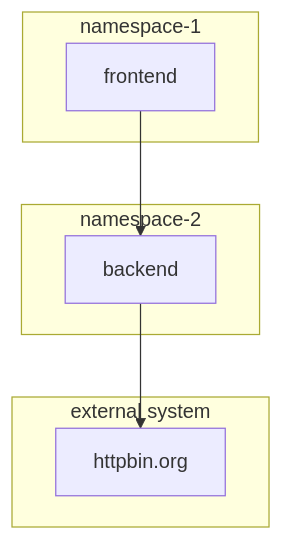
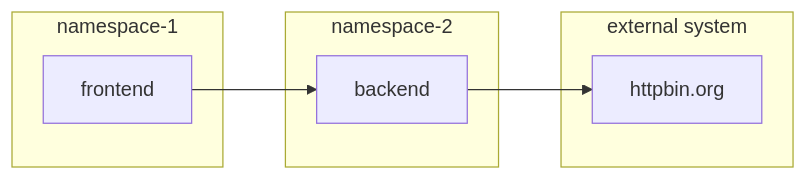
One commit to rhthsa/OpenShift-POC-AppDev changed the diagram in docs/APPLICATION_DEPLOYMENT.md. Above: the diagram before and after it, drawn with Mermaid. The commit also changed 1 other file, not shown here.

Commit message:
Add diagram

````diff
--- a/docs/APPLICATION_DEPLOYMENT.md
+++ b/docs/APPLICATION_DEPLOYMENT.md
@@ -15,16 +15,16 @@
 ```mermaid
-graph TB
+graph LR
 
     frontend-->backend
     subgraph namespace-1
     frontend
     end
     subgraph namespace-2
     backend
     end
     backend-->httpbin.org
     subgraph "external system"
     httpbin.org
     end
     
 ```
````
